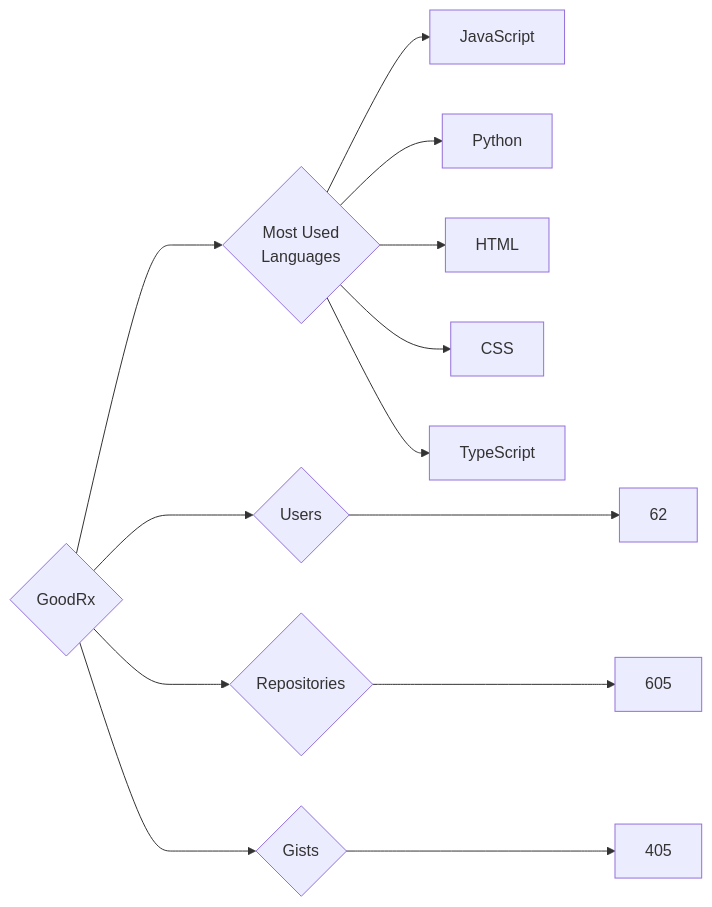
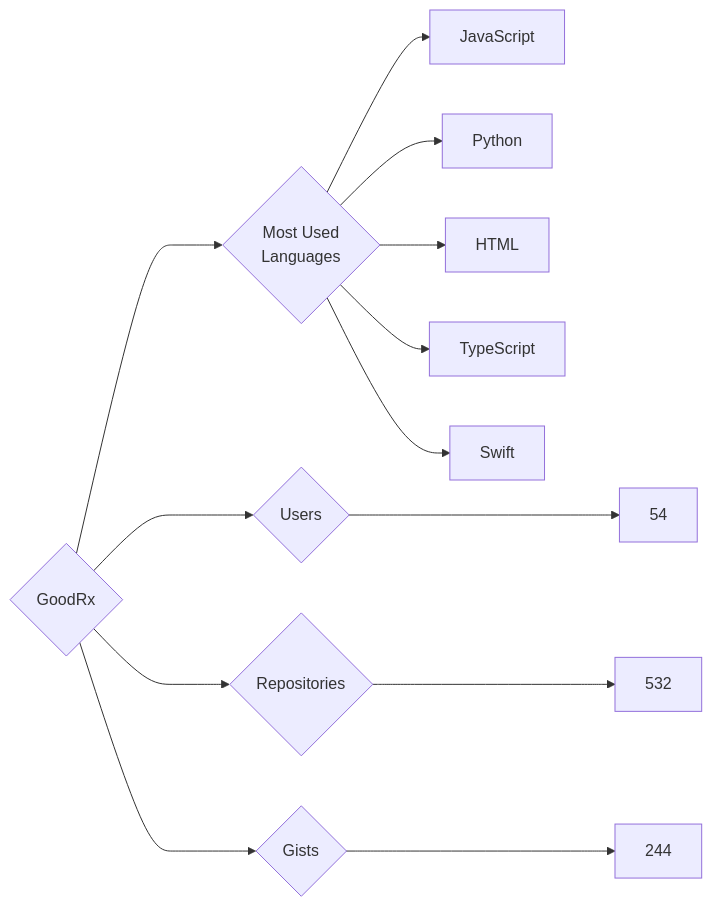
One commit to trickest/insiders changed the diagram in targets/GoodRx/README.md. Above: the diagram before and after it, drawn with Mermaid. The commit also changed 984 other files, not shown here.

````diff
--- a/targets/GoodRx/README.md
+++ b/targets/GoodRx/README.md
@@ -3,13 +3,13 @@
 ```mermaid
 graph LR
 COMPANY_NAME{GoodRx}
-COMPANY_NAME ---> U{Users} ---> UN[62]
-COMPANY_NAME ---> R{Repositories} ---> RN[605]
-COMPANY_NAME ---> G{Gists} ---> GN[405]
+COMPANY_NAME ---> U{Users} ---> UN[54]
+COMPANY_NAME ---> R{Repositories} ---> RN[532]
+COMPANY_NAME ---> G{Gists} ---> GN[244]
 COMPANY_NAME ---> ML{Most Used<br>Languages}
 ML --> JavaScript[JavaScript]
 ML --> Python[Python]
 ML --> HTML[HTML]
-ML --> CSS[CSS]
 ML --> TypeScript[TypeScript]
+ML --> Swift[Swift]
 ```
````
